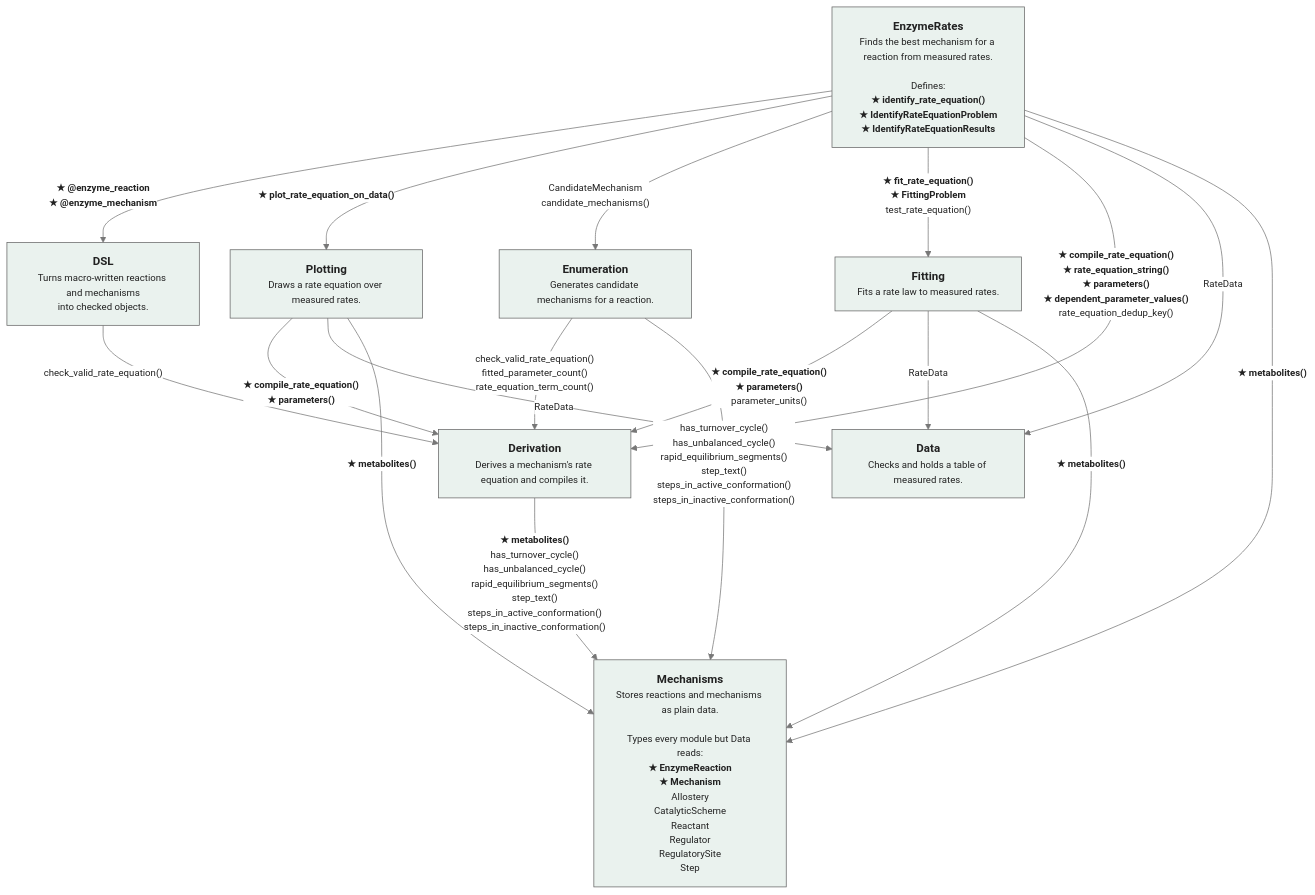
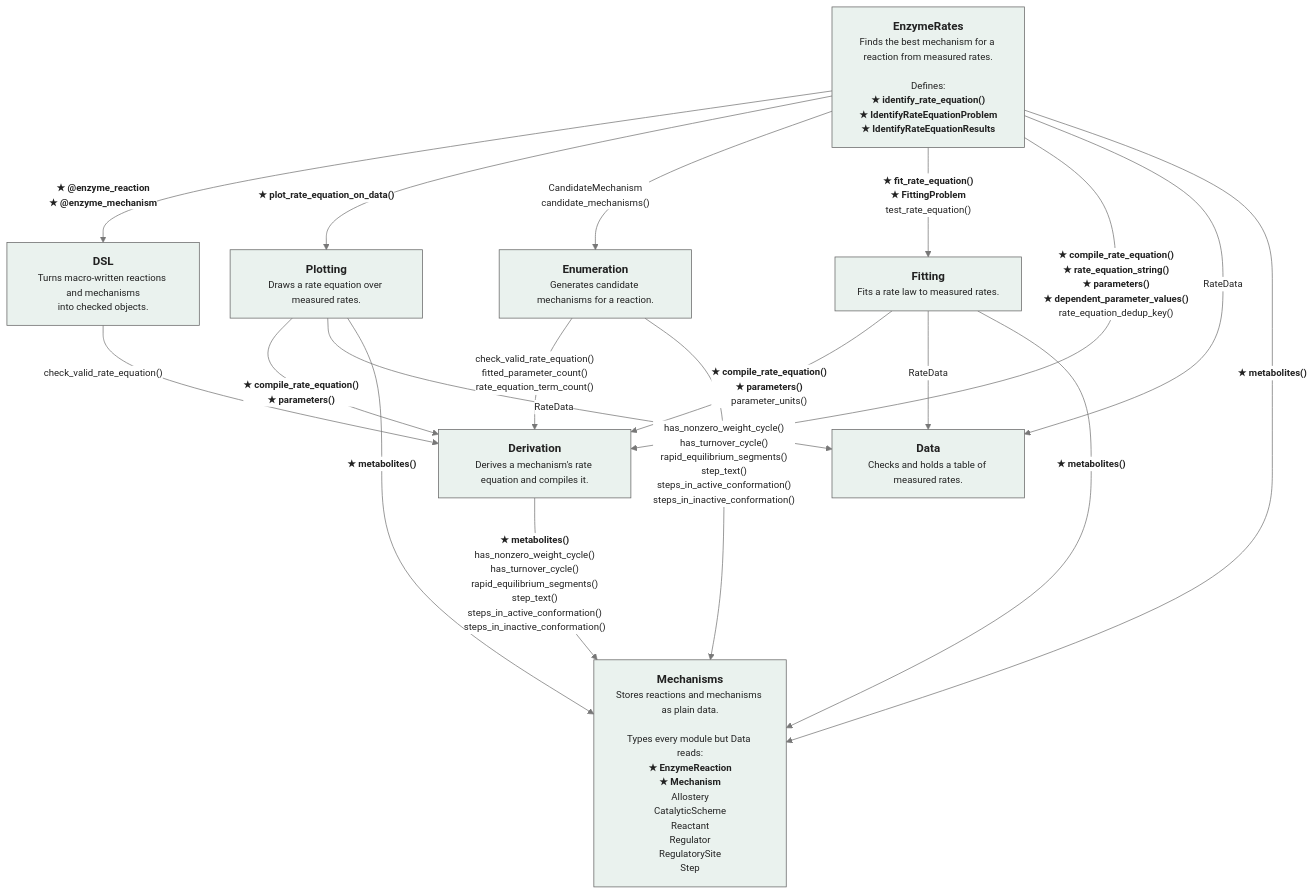
Before and after one commit to DenisTitovLab/EnzymeRates.jl: the diagram in docs/src/developer.md, drawn with Mermaid. The commit also changed other lines of this file and 9 other files, not shown here.

First line of the commit message:
Rename has_unbalanced_cycle to has_nonzero_weight_cycle

````diff
--- a/docs/src/developer.md
+++ b/docs/src/developer.md
@@ -26,35 +26,35 @@
 ```mermaid
 %%{init: {"theme": "base", "flowchart": {"curve": "basis", "nodeSpacing": 40, "rankSpacing": 70, "htmlLabels": true},
   "themeVariables": {"fontFamily": "Helvetica, Arial, sans-serif", "fontSize": "13px",
   "primaryColor": "#ffffff", "primaryBorderColor": "#666666", "primaryTextColor": "#222222",
   "lineColor": "#777777", "edgeLabelBackground": "#ffffff", "clusterBkg": "#eaf2ee",
   "clusterBorder": "#666666", "titleColor": "#1f4f42"}}}%%
 flowchart TB
   top["<b><big>EnzymeRates</big></b><br/>Finds the best mechanism for a reaction from measured rates.<br/><br/>Defines:<br/><b>★#nbsp;identify_rate_equation()</b><br/><b>★#nbsp;IdentifyRateEquationProblem</b><br/><b>★#nbsp;IdentifyRateEquationResults</b>"]
   dsl["<b><big>DSL</big></b><br/>Turns macro-written reactions and mechanisms<br/>into checked objects."]
   plot["<b><big>Plotting</big></b><br/>Draws a rate equation over measured rates."]
   enum["<b><big>Enumeration</big></b><br/>Generates candidate mechanisms for a reaction."]
   fit["<b><big>Fitting</big></b><br/>Fits a rate law to measured rates."]
   der["<b><big>Derivation</big></b><br/>Derives a mechanism's rate equation and compiles it."]
   data["<b><big>Data</big></b><br/>Checks and holds a table of measured rates."]
   mech["<b><big>Mechanisms</big></b><br/>Stores reactions and mechanisms as plain data.<br/><br/>Types every module but Data reads:<br/><b>★#nbsp;EnzymeReaction</b><br/><b>★#nbsp;Mechanism</b><br/>Allostery<br/>CatalyticScheme<br/>Reactant<br/>Regulator<br/>RegulatorySite<br/>Step"]
   top -->|"<b>★#nbsp;@enzyme_reaction</b><br/><b>★#nbsp;@enzyme_mechanism</b>"| dsl
   top -->|"<b>★#nbsp;plot_rate_equation_on_data()</b>"| plot
   top -->|"CandidateMechanism<br/>candidate_mechanisms()"| enum
   top -->|"<b>★#nbsp;fit_rate_equation()</b><br/><b>★#nbsp;FittingProblem</b><br/>test_rate_equation()"| fit
   top -->|"<b>★#nbsp;compile_rate_equation()</b><br/><b>★#nbsp;rate_equation_string()</b><br/><b>★#nbsp;parameters()</b><br/><b>★#nbsp;dependent_parameter_values()</b><br/>rate_equation_dedup_key()"| der
   top -->|"RateData"| data
   top -->|"<b>★#nbsp;metabolites()</b>"| mech
   dsl -->|"check_valid_rate_equation()"| der
   plot -->|"<b>★#nbsp;compile_rate_equation()</b><br/><b>★#nbsp;parameters()</b>"| der
   plot -->|"RateData"| data
   plot -->|"<b>★#nbsp;metabolites()</b>"| mech
   enum -->|"check_valid_rate_equation()<br/>fitted_parameter_count()<br/>rate_equation_term_count()"| der
-  enum -->|"has_turnover_cycle()<br/>has_unbalanced_cycle()<br/>rapid_equilibrium_segments()<br/>step_text()<br/>steps_in_active_conformation()<br/>steps_in_inactive_conformation()"| mech
+  enum -->|"has_nonzero_weight_cycle()<br/>has_turnover_cycle()<br/>rapid_equilibrium_segments()<br/>step_text()<br/>steps_in_active_conformation()<br/>steps_in_inactive_conformation()"| mech
   fit -->|"<b>★#nbsp;compile_rate_equation()</b><br/><b>★#nbsp;parameters()</b><br/>parameter_units()"| der
   fit -->|"RateData"| data
   fit -->|"<b>★#nbsp;metabolites()</b>"| mech
-  der -->|"<b>★#nbsp;metabolites()</b><br/>has_turnover_cycle()<br/>has_unbalanced_cycle()<br/>rapid_equilibrium_segments()<br/>step_text()<br/>steps_in_active_conformation()<br/>steps_in_inactive_conformation()"| mech
+  der -->|"<b>★#nbsp;metabolites()</b><br/>has_nonzero_weight_cycle()<br/>has_turnover_cycle()<br/>rapid_equilibrium_segments()<br/>step_text()<br/>steps_in_active_conformation()<br/>steps_in_inactive_conformation()"| mech
   classDef mod fill:#eaf2ee,stroke:#666666,color:#222222;
   class top,dsl,plot,enum,fit,der,data,mech mod;
 ```
````
